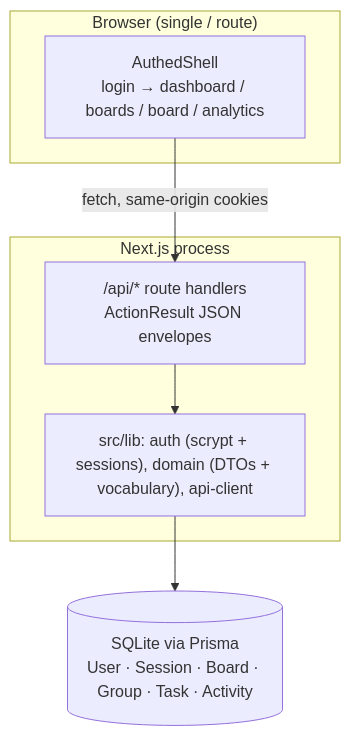
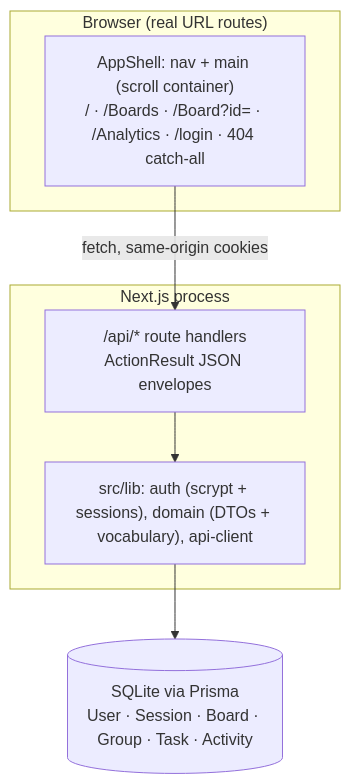
The diagram in README.md (nordeim/task-management), drawn with Mermaid before and after one commit. The commit also changed other lines of this file and 4 other files, not shown here.

````diff
--- a/README.md
+++ b/README.md
@@ -63,13 +64,13 @@
 ```mermaid
 flowchart TB
-    subgraph Client["Browser (single / route)"]
-        UI["AuthedShell\nlogin → dashboard / boards / board / analytics"]
+    subgraph Client["Browser (real URL routes)"]
+        UI["AppShell: nav + main (scroll container)\n/ · /Boards · /Board?id= · /Analytics · /login · 404 catch-all"]
     end
     subgraph Server["Next.js process"]
         API["/api/* route handlers\nActionResult JSON envelopes"]
         LIB["src/lib: auth (scrypt + sessions), domain (DTOs + vocabulary), api-client"]
     end
     DB[("SQLite via Prisma\nUser · Session · Board · Group · Task · Activity")]
     UI -->|"fetch, same-origin cookies"| API
     API --> LIB --> DB
 ```
````
